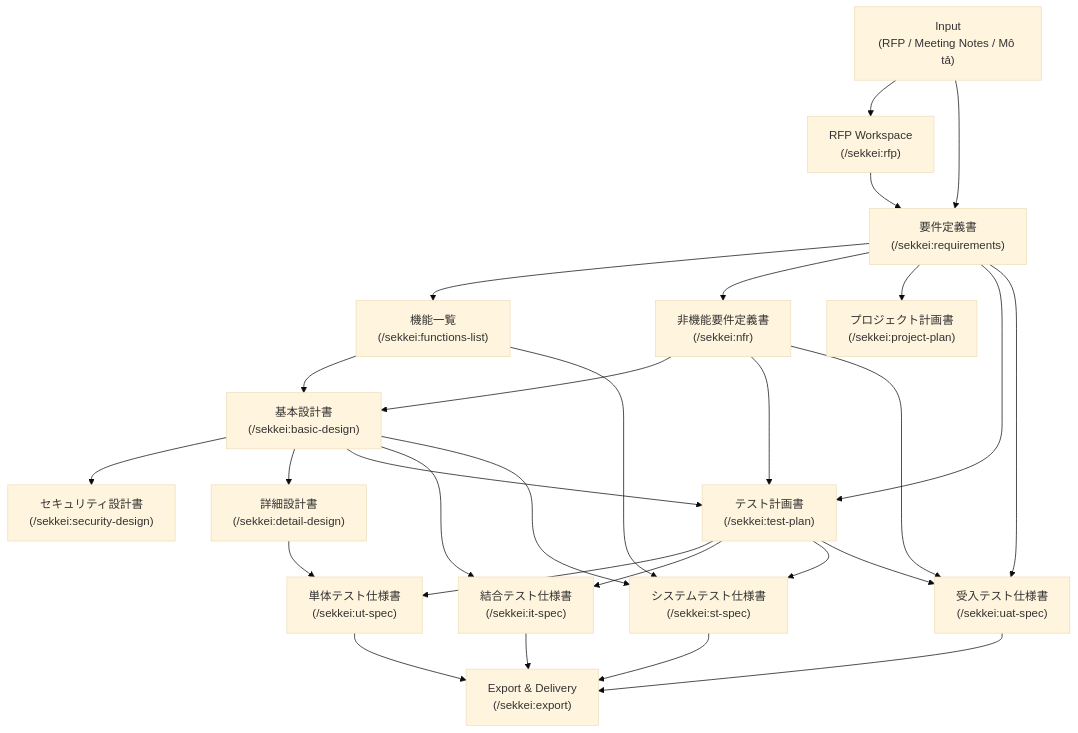
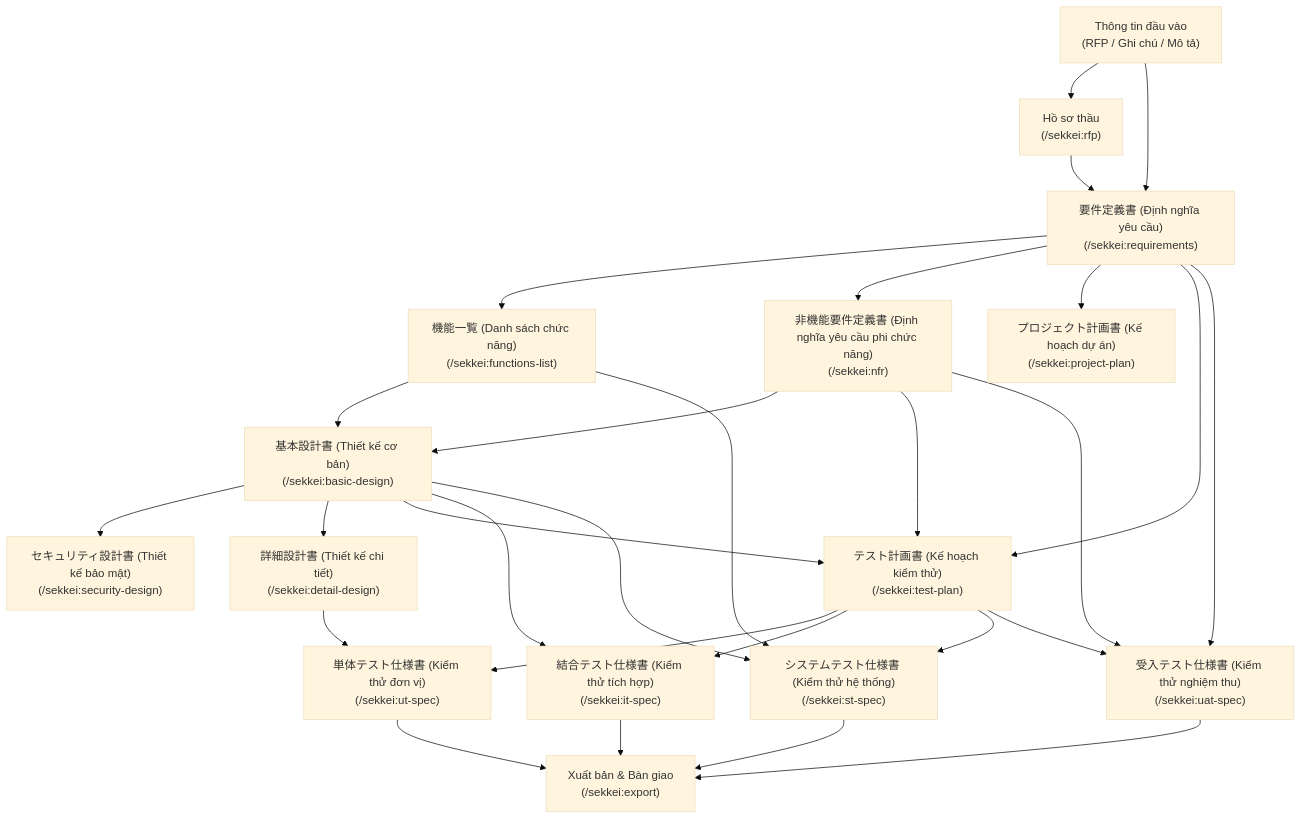
Before and after one commit to bienhoang/sekkei-ai-agents: the diagram in docs/user-guide/04-workflow/index.md, drawn with Mermaid (base theme). The commit also changed other lines of this file and 45 other files, not shown here.

````diff
--- a/docs/user-guide/04-workflow/index.md
+++ b/docs/user-guide/04-workflow/index.md
@@ -15,57 +17,57 @@
 ```mermaid
 flowchart TD
-    INPUT["Input\n(RFP / Meeting Notes / Mô tả)"]
-    RFP["RFP Workspace\n(/sekkei:rfp)"]
-    REQ["要件定義書\n(/sekkei:requirements)"]
+    INPUT["Thông tin đầu vào\n(RFP / Ghi chú / Mô tả)"]
+    RFP["Hồ sơ thầu\n(/sekkei:rfp)"]
+    REQ["要件定義書 (Định nghĩa yêu cầu)\n(/sekkei:requirements)"]
 
-    FL["機能一覧\n(/sekkei:functions-list)"]
-    NFR["非機能要件定義書\n(/sekkei:nfr)"]
-    PP["プロジェクト計画書\n(/sekkei:project-plan)"]
+    FL["機能一覧 (Danh sách chức năng)\n(/sekkei:functions-list)"]
+    NFR["非機能要件定義書 (Định nghĩa yêu cầu phi chức năng)\n(/sekkei:nfr)"]
+    PP["プロジェクト計画書 (Kế hoạch dự án)\n(/sekkei:project-plan)"]
 
-    BD["基本設計書\n(/sekkei:basic-design)"]
+    BD["基本設計書 (Thiết kế cơ bản)\n(/sekkei:basic-design)"]
 
-    SD["セキュリティ設計書\n(/sekkei:security-design)"]
-    DD["詳細設計書\n(/sekkei:detail-design)"]
+    SD["セキュリティ設計書 (Thiết kế bảo mật)\n(/sekkei:security-design)"]
+    DD["詳細設計書 (Thiết kế chi tiết)\n(/sekkei:detail-design)"]
 
-    TP["テスト計画書\n(/sekkei:test-plan)"]
+    TP["テスト計画書 (Kế hoạch kiểm thử)\n(/sekkei:test-plan)"]
 
-    UT["単体テスト仕様書\n(/sekkei:ut-spec)"]
-    IT["結合テスト仕様書\n(/sekkei:it-spec)"]
-    ST["システムテスト仕様書\n(/sekkei:st-spec)"]
-    UAT["受入テスト仕様書\n(/sekkei:uat-spec)"]
+    UT["単体テスト仕様書 (Kiểm thử đơn vị)\n(/sekkei:ut-spec)"]
+    IT["結合テスト仕様書 (Kiểm thử tích hợp)\n(/sekkei:it-spec)"]
+    ST["システムテスト仕様書 (Kiểm thử hệ thống)\n(/sekkei:st-spec)"]
+    UAT["受入テスト仕様書 (Kiểm thử nghiệm thu)\n(/sekkei:uat-spec)"]
 
-    EXPORT["Export & Delivery\n(/sekkei:export)"]
+    EXPORT["Xuất bản & Bàn giao\n(/sekkei:export)"]
 
     INPUT --> RFP
     RFP --> REQ
     INPUT --> REQ
 
     REQ --> FL
     REQ --> NFR
     REQ --> PP
 
     FL --> BD
     NFR --> BD
 
     BD --> SD
     BD --> DD
     BD --> TP
     REQ --> TP
     NFR --> TP
 
     DD --> UT
     BD --> IT
     BD --> ST
     FL --> ST
     REQ --> UAT
     NFR --> UAT
     TP --> UT
     TP --> IT
     TP --> ST
     TP --> UAT
 
     UT --> EXPORT
     IT --> EXPORT
     ST --> EXPORT
     UAT --> EXPORT
 ```
````
